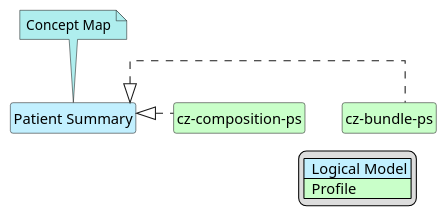
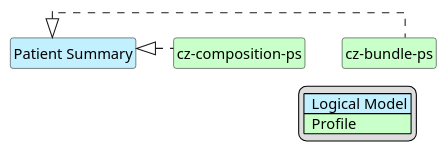
One commit to HL7-cz/ps changed the diagram in input/images-source/PS_map.plantuml. Above: the diagram before and after it, drawn with PlantUML. The commit also changed 12 other files, not shown here.

Commit message:
update plantuml

```diff
--- a/input/images-source/PS_map.plantuml
+++ b/input/images-source/PS_map.plantuml
@@ -1,30 +1,30 @@
 @startuml PS_map
 hide circle
 hide stereotype
 hide members
 hide methods
 skinparam linetype ortho
 skinparam class {
 BackgroundColor<<LogicalModel>> #APPLICATION
 BackgroundColor<<Profile>> #TECHNOLOGY
 }
 legend right
 | <#APPLICATION>  Logical Model |
 | <#TECHNOLOGY>  Profile |
 endlegend
 class "Patient Summary" <<LogicalModel>> [[StructureDefinition-LogAlertsCz.html]]
-note top #PaleTurquoise [[ConceptMap-alerts2FHIR-cz-ps.html]]
-Concept Map
-endnote
+' note top #PaleTurquoise [[ConceptMap-alerts2FHIR-cz-ps.html]]
+' Concept Map
+' endnote
 ' --- Profiles mapping Alerts ---
 class "cz-bundle-ps" <<Profile>> [[StructureDefinition-cz-bundle-ps.html]]
 class "cz-composition-ps" <<Profile>> [[StructureDefinition-cz-composition-ps.html]]
 
 ' --- Realization links ---
 "Patient Summary" <|. "cz-bundle-ps"
 "Patient Summary" <|. "cz-composition-ps"
 
 "Patient Summary" -d[hidden]-> "cz-bundle-ps"
 "Patient Summary" -d[hidden]-> "cz-composition-ps"
 
 @enduml
```
